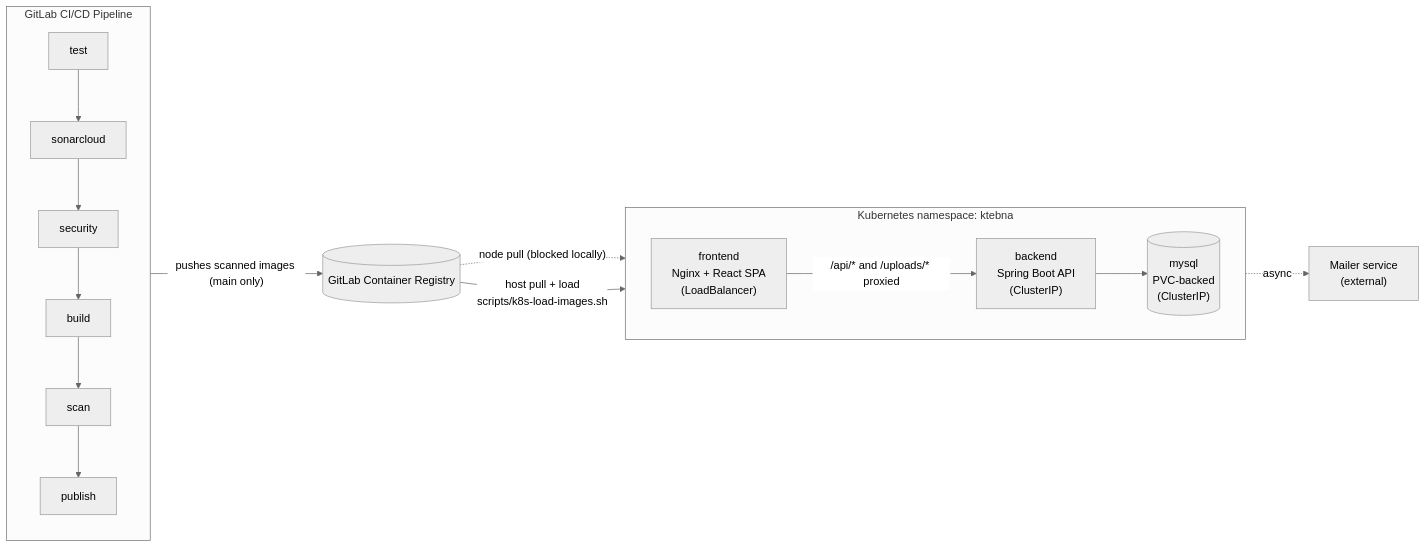
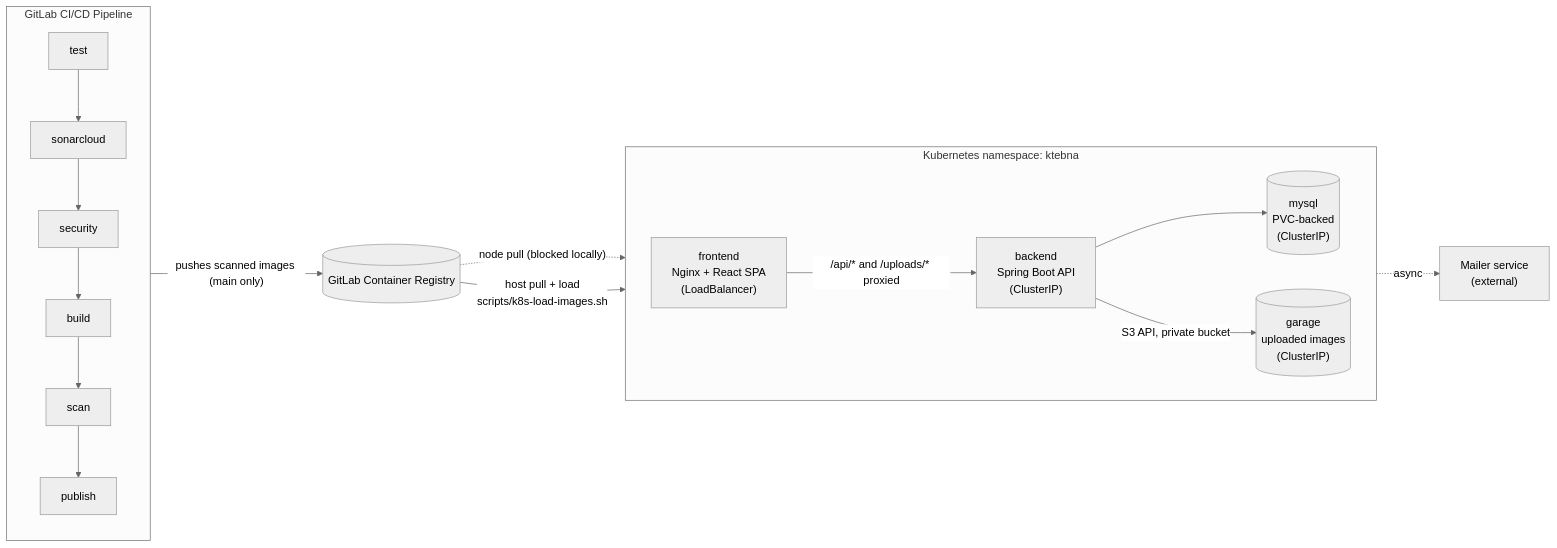
One commit to Saifexe/Ktebna changed the first of 2 diagrams in README.md. Above: the diagram before and after it, drawn with Mermaid (neutral theme). The commit also changed other lines of this file and 19 other files, not shown here.

````diff
--- a/README.md
+++ b/README.md
@@ -103,17 +103,18 @@
 ```mermaid
 flowchart LR
     subgraph CI["GitLab CI/CD Pipeline"]
         direction TB
         T[test] --> S[sonarcloud] --> SEC[security] --> B[build] --> SC[scan] --> P[publish]
     end
     CI -->|"pushes scanned images (main only)"| REG[(GitLab Container Registry)]
     REG -.->|"node pull (blocked locally)"| K8S
     REG -->|"host pull + load<br/>scripts/k8s-load-images.sh"| K8S
 
     subgraph K8S["Kubernetes namespace: ktebna"]
         direction LR
         FE["frontend<br/>Nginx + React SPA<br/>(LoadBalancer)"] -->|"/api/* and /uploads/* proxied"| BE["backend<br/>Spring Boot API<br/>(ClusterIP)"]
         BE --> DB[("mysql<br/>PVC-backed<br/>(ClusterIP)")]
+        BE -->|"S3 API, private bucket"| OBJ[("garage<br/>uploaded images<br/>(ClusterIP)")]
     end
     BE -.->|async| MAIL["Mailer service<br/>(external)"]
 ```
````
